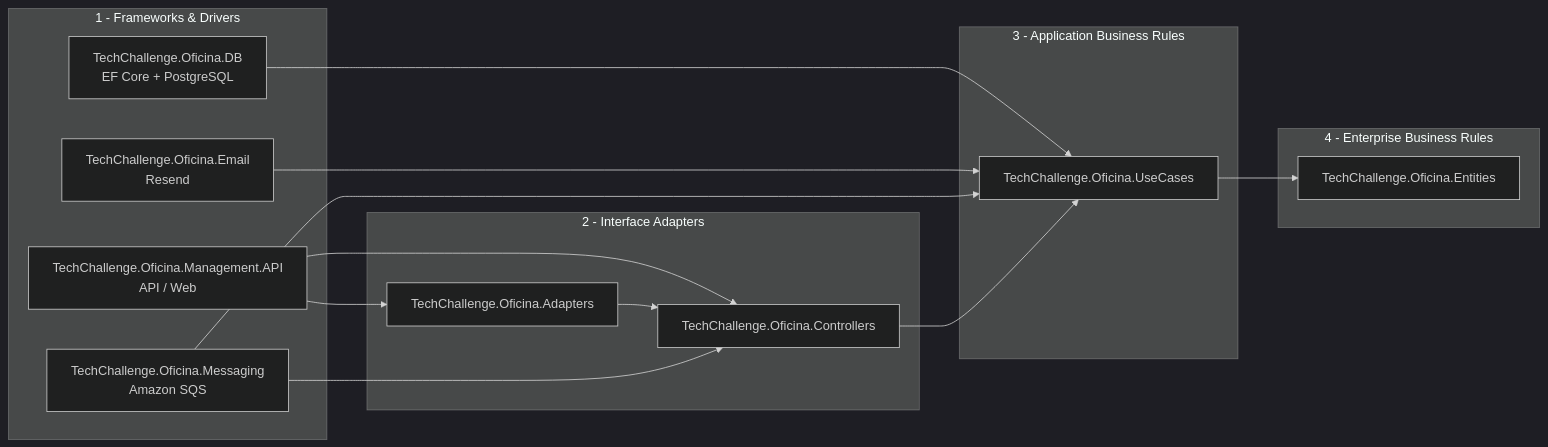
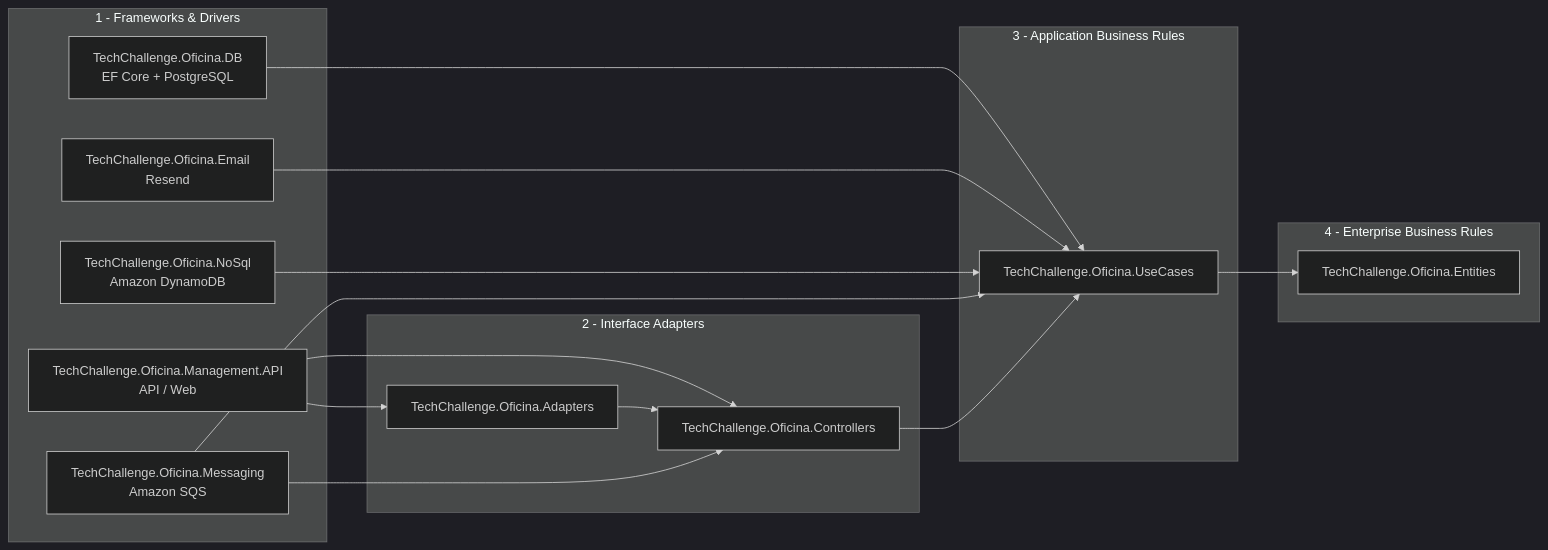
The first of 3 diagrams in README.md (GuiToniello/tech-challenge-fase-4-MANAGEMENT-soat16-rm374658), drawn with Mermaid (dark theme) before and after one commit. The commit also changed other lines of this file and 79 other files, not shown here.

````diff
--- a/README.md
+++ b/README.md
@@ -62,29 +62,31 @@
 ```mermaid
 flowchart LR
   subgraph FD[1 - Frameworks & Drivers]
     API[TechChallenge.Oficina.Management.API\nAPI / Web]
     DB[TechChallenge.Oficina.DB\nEF Core + PostgreSQL]
     Email[TechChallenge.Oficina.Email\nResend]
     Messaging[TechChallenge.Oficina.Messaging\nAmazon SQS]
+    NoSql[TechChallenge.Oficina.NoSql\nAmazon DynamoDB]
   end
   subgraph IA[2 - Interface Adapters]
     Controllers[TechChallenge.Oficina.Controllers]
     Adapters[TechChallenge.Oficina.Adapters]
   end
   subgraph AB[3 - Application Business Rules]
     UseCases[TechChallenge.Oficina.UseCases]
   end
   subgraph EB[4 - Enterprise Business Rules]
     Entities[TechChallenge.Oficina.Entities]
   end
 
   API --> Controllers
   API --> Adapters
   Adapters --> Controllers
   DB --> UseCases
   Email --> UseCases
+  NoSql --> UseCases
   Messaging --> Controllers
   Messaging --> UseCases
   Controllers --> UseCases
   UseCases --> Entities
 ```
````
